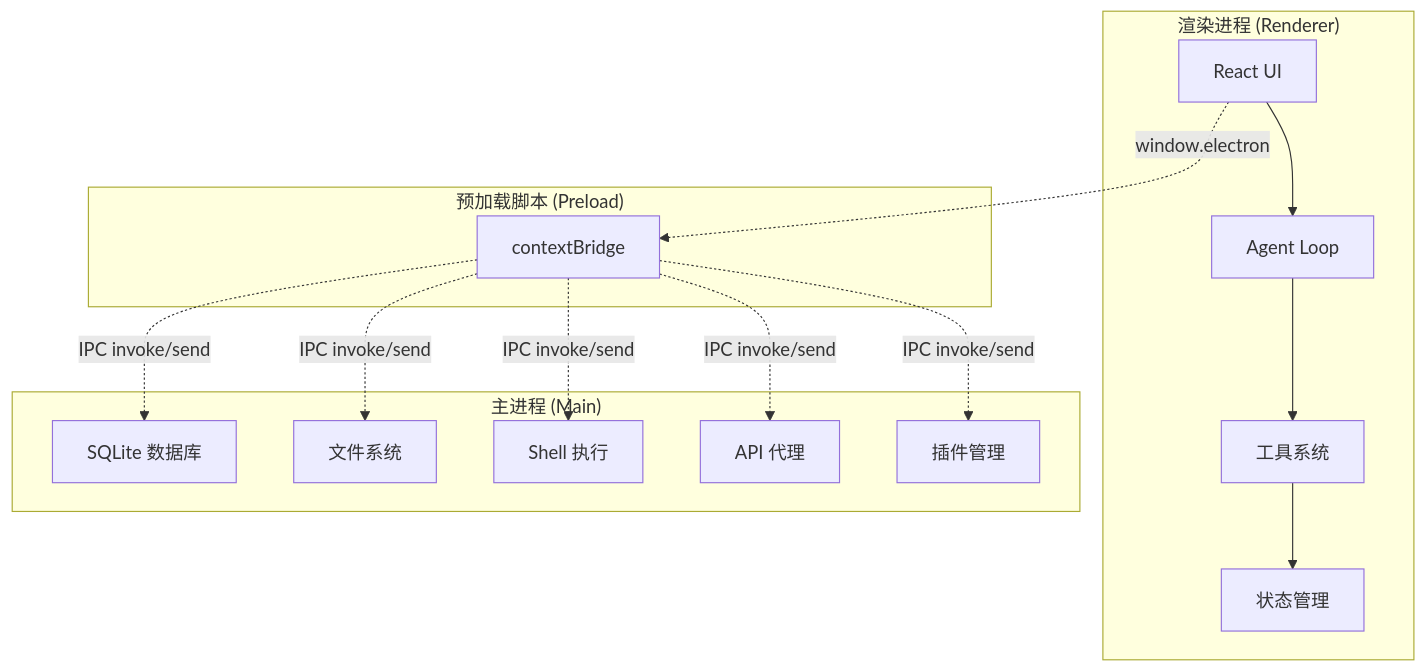
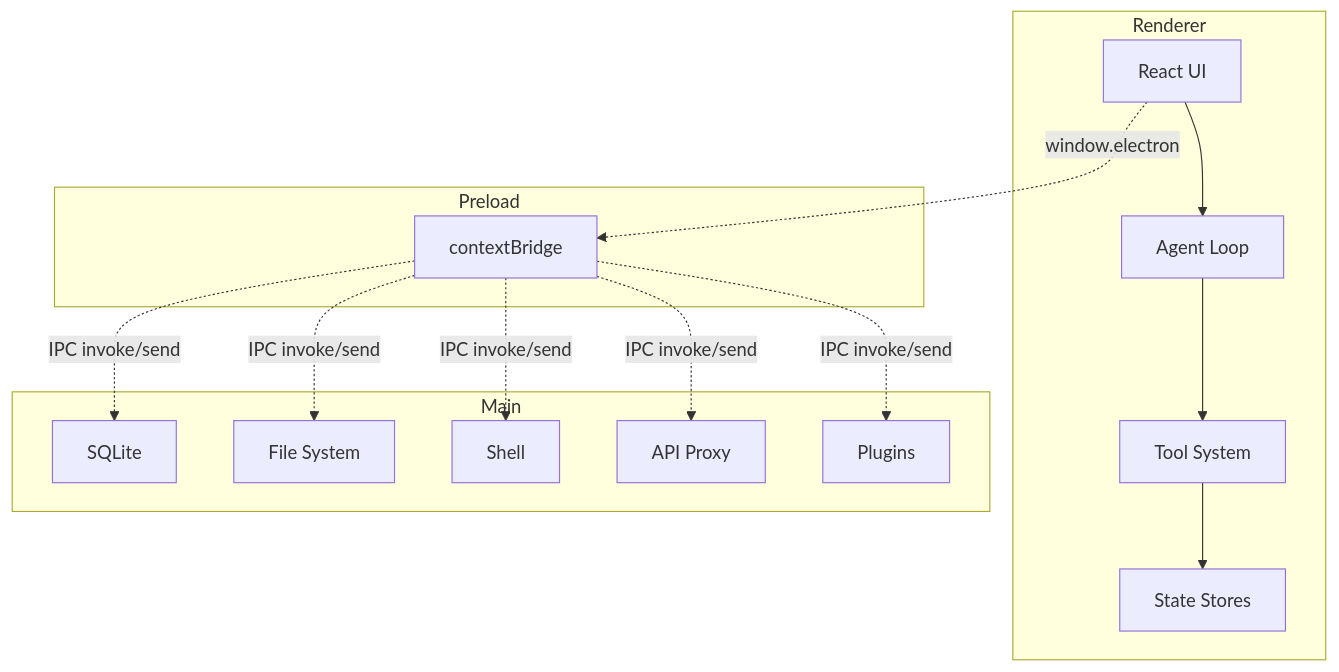
Before and after one commit to AIDotNet/OpenCowork: the diagram in README.zh.md, drawn with Mermaid. The commit also changed other lines of this file and 61 other files, not shown here.

````diff
--- a/README.zh.md
+++ b/README.zh.md
@@ -264,27 +55,27 @@
 ```mermaid
 graph TB
-    subgraph "渲染进程 (Renderer)"
-        A[React UI] --> B[Agent Loop]
-        B --> C[工具系统]
-        C --> D[状态管理]
-    end
-    
-    subgraph "预加载脚本 (Preload)"
-        E[contextBridge]
-    end
-    
-    subgraph "主进程 (Main)"
-        F[SQLite 数据库]
-        G[文件系统]
-        H[Shell 执行]
-        I[API 代理]
-        J[插件管理]
-    end
-    
-    A -.->|window.electron| E
-    E -.->|IPC invoke/send| F
-    E -.->|IPC invoke/send| G
-    E -.->|IPC invoke/send| H
-    E -.->|IPC invoke/send| I
-    E -.->|IPC invoke/send| J
+  subgraph "Renderer"
+    A[React UI] --> B[Agent Loop]
+    B --> C[Tool System]
+    C --> D[State Stores]
+  end
+
+  subgraph "Preload"
+    E[contextBridge]
+  end
+
+  subgraph "Main"
+    F[SQLite]
+    G[File System]
+    H[Shell]
+    I[API Proxy]
+    J[Plugins]
+  end
+
+  A -.->|window.electron| E
+  E -.->|IPC invoke/send| F
+  E -.->|IPC invoke/send| G
+  E -.->|IPC invoke/send| H
+  E -.->|IPC invoke/send| I
+  E -.->|IPC invoke/send| J
 ```
````
